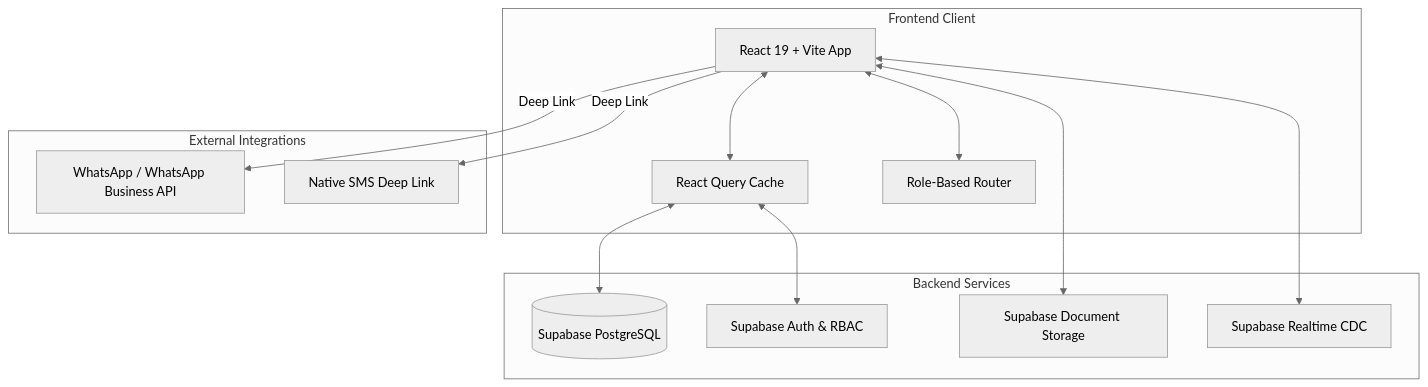
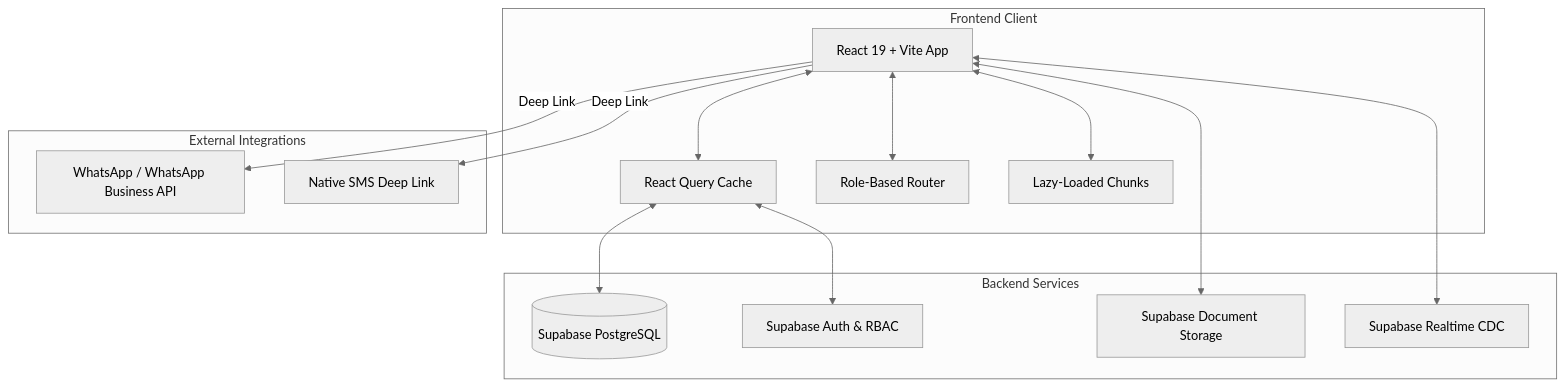
One commit to DwZukii/Loan-Manager changed the diagram in README.md. Above: the diagram before and after it, drawn with Mermaid (neutral theme). The commit also changed other lines of this file and 24 other files, not shown here.

````diff
--- a/README.md
+++ b/README.md
@@ -61,29 +72,31 @@
 ```mermaid
 flowchart TD
     subgraph Frontend Client
         VITE[React 19 + Vite App]
         RQ[React Query Cache]
         ROUTER[Role-Based Router]
+        LAZY[Lazy-Loaded Chunks]
     end
 
     subgraph Backend Services
         SUPA[(Supabase PostgreSQL)]
         AUTH[Supabase Auth & RBAC]
         STORAGE[Supabase Document Storage]
         REALTIME[Supabase Realtime CDC]
     end
 
     subgraph External Integrations
         WA[WhatsApp / WhatsApp Business API]
         SMS[Native SMS Deep Link]
     end
 
     VITE <--> ROUTER
+    VITE <--> LAZY
     VITE <--> RQ
     RQ <--> AUTH
     RQ <--> SUPA
     VITE <--> REALTIME
     VITE <--> STORAGE
     VITE -- Deep Link --> WA
     VITE -- Deep Link --> SMS
 ```
````
